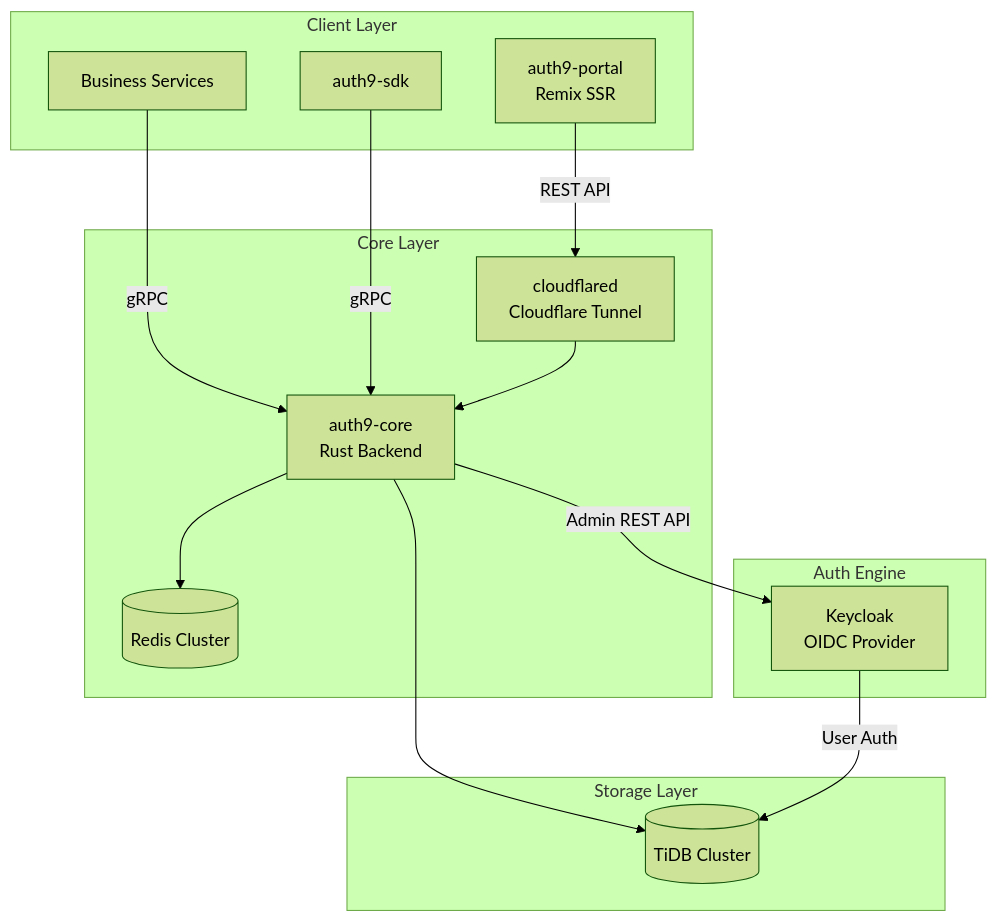
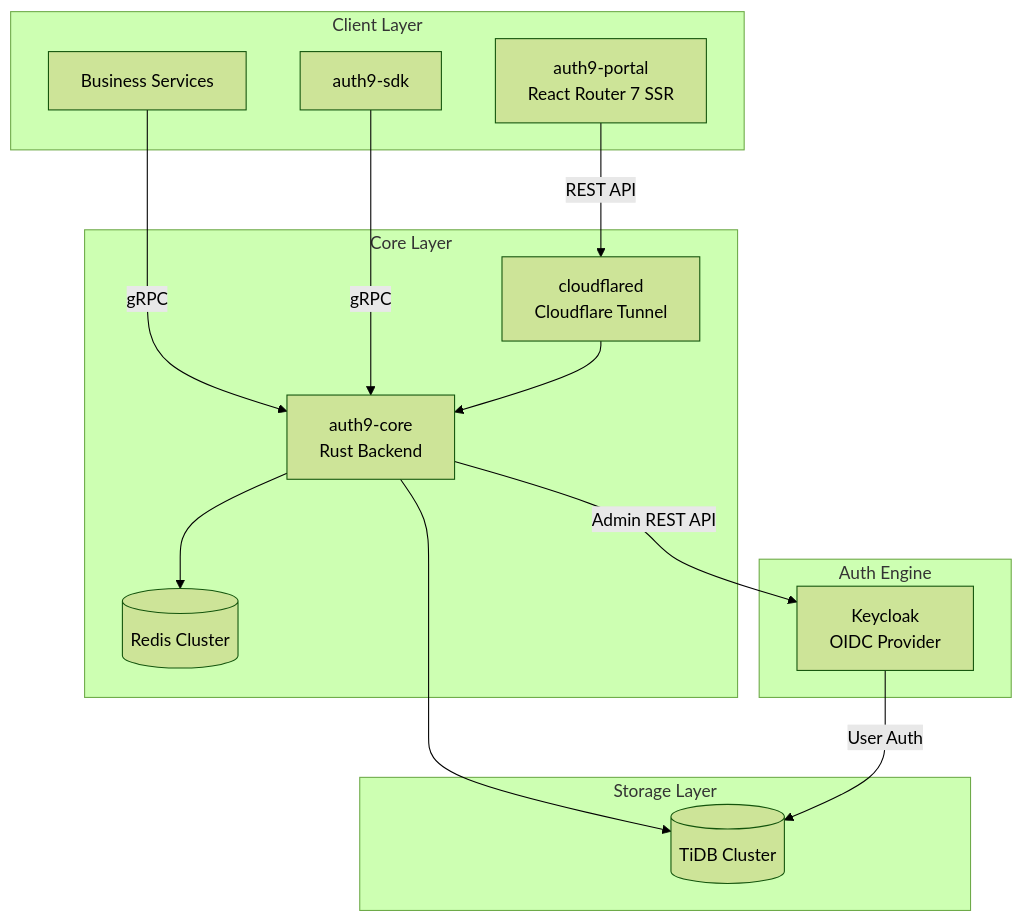
The first of 4 diagrams in docs/architecture.md (gpgkd906/auth9), drawn with Mermaid (forest theme) before and after one commit. The commit also changed other lines of this file and 32 other files, not shown here.

First line of the commit message:
add B2B onboarding flow & self-service org creation

````diff
--- a/docs/architecture.md
+++ b/docs/architecture.md
@@ -25,31 +25,31 @@
 ```mermaid
 flowchart TB
     subgraph clients [Client Layer]
-        Portal[auth9-portal<br/>Remix SSR]
+        Portal[auth9-portal<br/>React Router 7 SSR]
         BizServices[Business Services]
         SDK[auth9-sdk]
     end
 
     subgraph core [Core Layer]
         Gateway[cloudflared<br/>Cloudflare Tunnel]
         Auth9Core[auth9-core<br/>Rust Backend]
         Cache[(Redis Cluster)]
     end
 
     subgraph auth [Auth Engine]
         Keycloak[Keycloak<br/>OIDC Provider]
     end
 
     subgraph storage [Storage Layer]
         TiDB[(TiDB Cluster)]
     end
 
     Portal -->|REST API| Gateway
     BizServices -->|gRPC| Auth9Core
     SDK -->|gRPC| Auth9Core
     Gateway --> Auth9Core
     Auth9Core -->|Admin REST API| Keycloak
     Auth9Core --> Cache
     Auth9Core --> TiDB
     Keycloak -->|User Auth| TiDB
 ```
````
